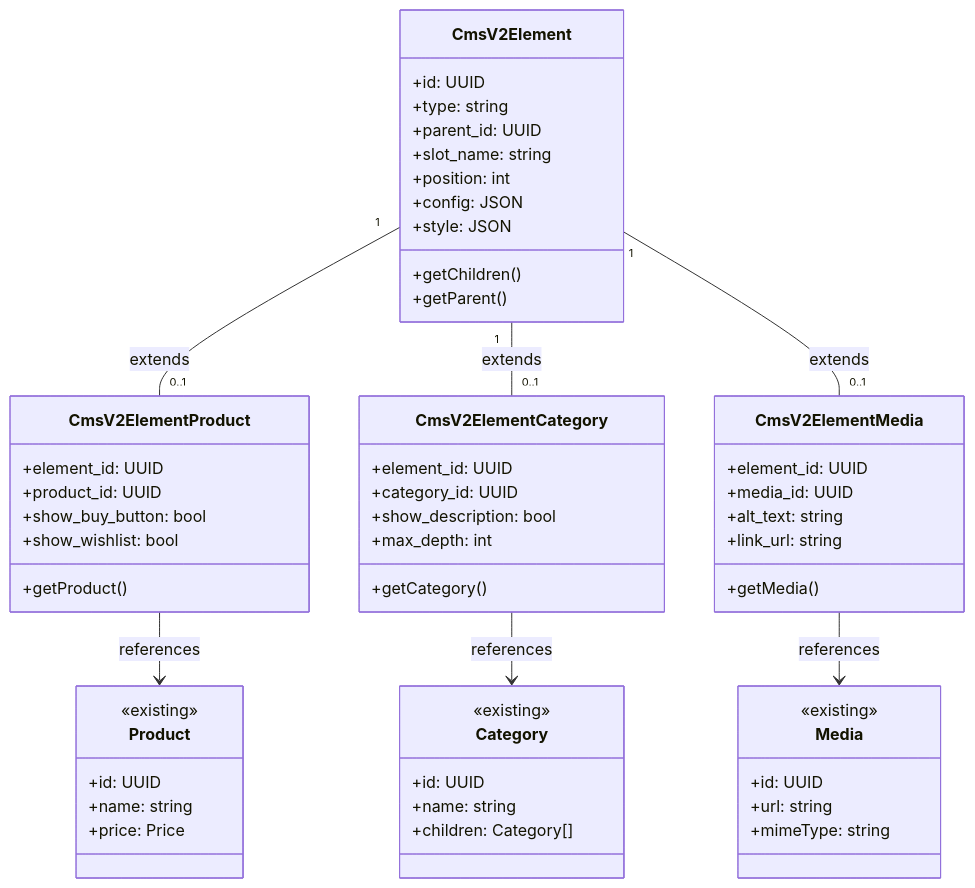
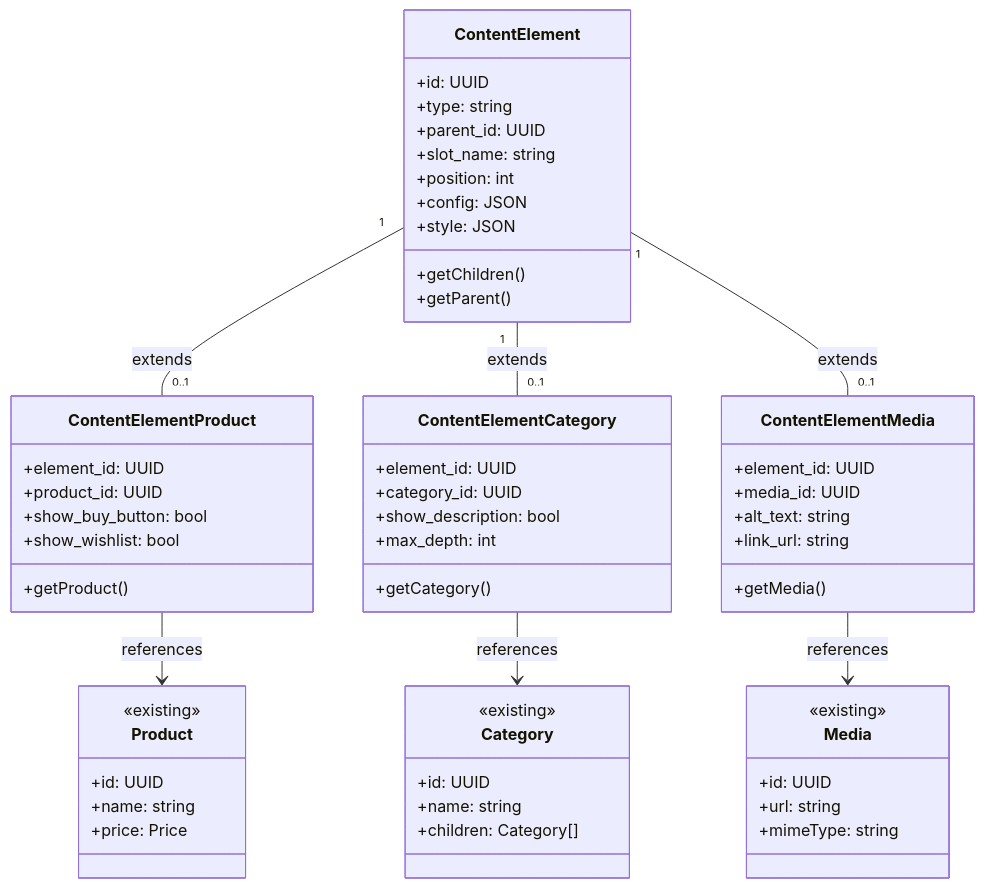
One commit to shopware/shopware changed the third of 3 diagrams in src/Storefront/Controller/shopware-cms-v2-entity-architecture.md. Above: the diagram before and after it, drawn with Mermaid. The commit also changed other lines of this file and 2 other files, not shown here.

````diff
--- a/src/Storefront/Controller/shopware-cms-v2-entity-architecture.md
+++ b/src/Storefront/Controller/shopware-cms-v2-entity-architecture.md
@@ -411,67 +411,67 @@
 ```mermaid
 classDiagram
-    class CmsV2Element {
+    class ContentElement {
         +id: UUID
         +type: string
         +parent_id: UUID
         +slot_name: string
         +position: int
         +config: JSON
         +style: JSON
         +getChildren()
         +getParent()
     }
     
-    class CmsV2ElementProduct {
+    class ContentElementProduct {
         +element_id: UUID
         +product_id: UUID
         +show_buy_button: bool
         +show_wishlist: bool
         +getProduct()
     }
     
-    class CmsV2ElementCategory {
+    class ContentElementCategory {
         +element_id: UUID
         +category_id: UUID
         +show_description: bool
         +max_depth: int
         +getCategory()
     }
     
-    class CmsV2ElementMedia {
+    class ContentElementMedia {
         +element_id: UUID
         +media_id: UUID
         +alt_text: string
         +link_url: string
         +getMedia()
     }
     
     class Product {
         <<existing>>
         +id: UUID
         +name: string
         +price: Price
     }
     
     class Category {
         <<existing>>
         +id: UUID
         +name: string
         +children: Category[]
     }
     
     class Media {
         <<existing>>
         +id: UUID
         +url: string
         +mimeType: string
     }
     
-    CmsV2Element "1" -- "0..1" CmsV2ElementProduct : extends
-    CmsV2Element "1" -- "0..1" CmsV2ElementCategory : extends
-    CmsV2Element "1" -- "0..1" CmsV2ElementMedia : extends
+    ContentElement "1" -- "0..1" ContentElementProduct : extends
+    ContentElement "1" -- "0..1" ContentElementCategory : extends
+    ContentElement "1" -- "0..1" ContentElementMedia : extends
     
-    CmsV2ElementProduct --> Product : references
-    CmsV2ElementCategory --> Category : references
-    CmsV2ElementMedia --> Media : references
+    ContentElementProduct --> Product : references
+    ContentElementCategory --> Category : references
+    ContentElementMedia --> Media : references
 ```
````
